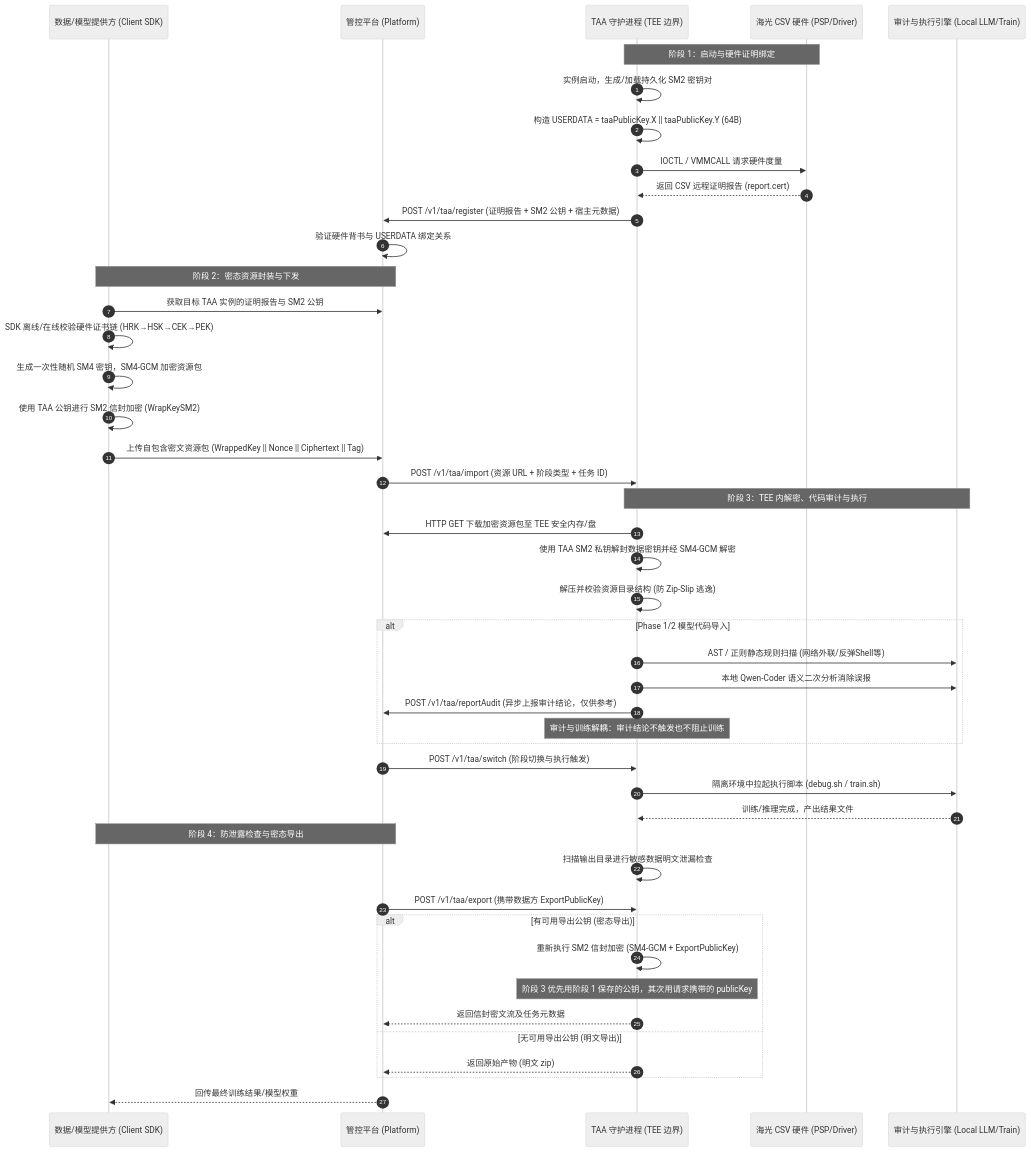
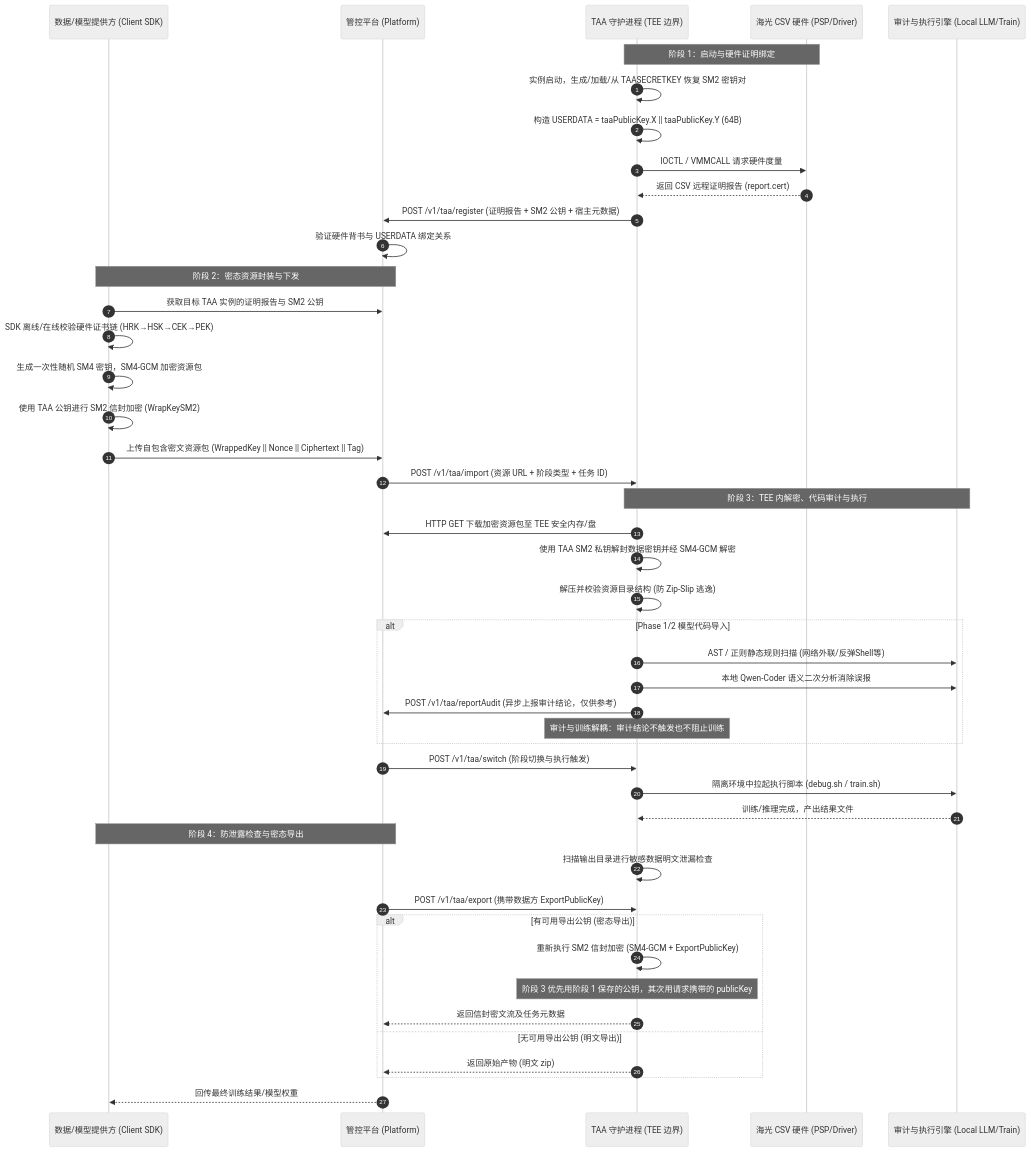
Before and after one commit to CipherSlinger/taa: the diagram in docs/architecture-design.md, drawn with Mermaid (neutral theme). The commit also changed other lines of this file and 20 other files, not shown here.

First line of the commit message:
feat(register): report an SM4-GCM-wrapped TAA key and recover from TAASECRETKEY

````diff
--- a/docs/architecture-design.md
+++ b/docs/architecture-design.md
@@ -20,55 +20,55 @@
 ```mermaid
 sequenceDiagram
     autonumber
     participant Provider as 数据/模型提供方 (Client SDK)
     participant Platform as 管控平台 (Platform)
     participant TAA as TAA 守护进程 (TEE 边界)
     participant CSV as 海光 CSV 硬件 (PSP/Driver)
     participant Engine as 审计与执行引擎 (Local LLM/Train)
 
     %% 阶段 1：启动、证明与身份注册
     Note over TAA,CSV: 阶段 1：启动与硬件证明绑定
-    TAA->>TAA: 实例启动，生成/加载持久化 SM2 密钥对
+    TAA->>TAA: 实例启动，生成/加载/从 TAASECRETKEY 恢复 SM2 密钥对
     TAA->>TAA: 构造 USERDATA = taaPublicKey.X || taaPublicKey.Y (64B)
     TAA->>CSV: IOCTL / VMMCALL 请求硬件度量
     CSV-->>TAA: 返回 CSV 远程证明报告 (report.cert)
     TAA->>Platform: POST /v1/taa/register (证明报告 + SM2 公钥 + 宿主元数据)
     Platform->>Platform: 验证硬件背书与 USERDATA 绑定关系
 
     %% 阶段 2：密态资源封装与下发
     Note over Provider,Platform: 阶段 2：密态资源封装与下发
     Provider->>Platform: 获取目标 TAA 实例的证明报告与 SM2 公钥
     Provider->>Provider: SDK 离线/在线校验硬件证书链 (HRK→HSK→CEK→PEK)
     Provider->>Provider: 生成一次性随机 SM4 密钥，SM4-GCM 加密资源包
     Provider->>Provider: 使用 TAA 公钥进行 SM2 信封加密 (WrapKeySM2)
     Provider->>Platform: 上传自包含密文资源包 (WrappedKey || Nonce || Ciphertext || Tag)
     Platform->>TAA: POST /v1/taa/import (资源 URL + 阶段类型 + 任务 ID)
 
     %% 阶段 3：密态解密、审计与执行
     Note over TAA,Engine: 阶段 3：TEE 内解密、代码审计与执行
     TAA->>Platform: HTTP GET 下载加密资源包至 TEE 安全内存/盘
     TAA->>TAA: 使用 TAA SM2 私钥解封数据密钥并经 SM4-GCM 解密
     TAA->>TAA: 解压并校验资源目录结构 (防 Zip-Slip 逃逸)
     alt Phase 1/2 模型代码导入
         TAA->>Engine: AST / 正则静态规则扫描 (网络外联/反弹Shell等)
         TAA->>Engine: 本地 Qwen-Coder 语义二次分析消除误报
         TAA->>Platform: POST /v1/taa/reportAudit (异步上报审计结论，仅供参考)
         Note over TAA: 审计与训练解耦：审计结论不触发也不阻止训练
     end
     Platform->>TAA: POST /v1/taa/switch (阶段切换与执行触发)
     TAA->>Engine: 隔离环境中拉起执行脚本 (debug.sh / train.sh)
     Engine-->>TAA: 训练/推理完成，产出结果文件
 
     %% 阶段 4：防泄露检查与密态导出
     Note over Platform,Provider: 阶段 4：防泄露检查与密态导出
     TAA->>TAA: 扫描输出目录进行敏感数据明文泄漏检查
     Platform->>TAA: POST /v1/taa/export (携带数据方 ExportPublicKey)
     alt 有可用导出公钥 (密态导出)
         TAA->>TAA: 重新执行 SM2 信封加密 (SM4-GCM + ExportPublicKey)
         Note over TAA: 阶段 3 优先用阶段 1 保存的公钥，其次用请求携带的 publicKey
         TAA-->>Platform: 返回信封密文流及任务元数据
     else 无可用导出公钥 (明文导出)
         TAA-->>Platform: 返回原始产物 (明文 zip)
     end
     Platform-->>Provider: 回传最终训练结果/模型权重
 ```
````
